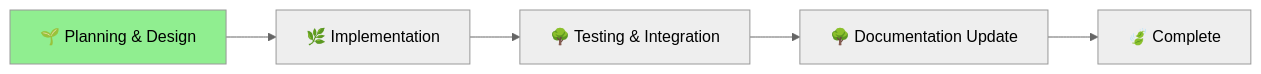
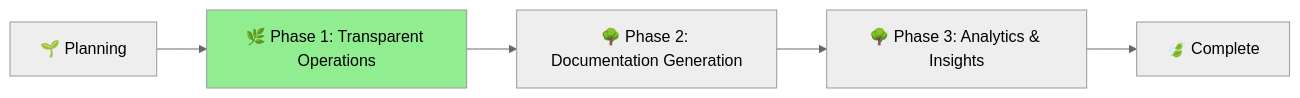
The diagram in docs/projects/active/active-2025-07-11-unified-mcp-enhancement/STATUS.md (RickCogley/aichaku), drawn with Mermaid (neutral theme) before and after one commit. The commit also changed other lines of this file, not shown here.

````diff
--- a/docs/projects/active/active-2025-07-11-unified-mcp-enhancement/STATUS.md
+++ b/docs/projects/active/active-2025-07-11-unified-mcp-enhancement/STATUS.md
@@ -10,8 +11,8 @@
 ```mermaid
 graph LR
-    A[🌱 Planning & Design] --> B[🌿 Implementation]
-    B --> C[🌳 Testing & Integration]
-    C --> D[🌳 Documentation Update]
+    A[🌱 Planning] --> B[🌿 Phase 1: Transparent Operations]
+    B --> C[🌳 Phase 2: Documentation Generation]
+    C --> D[🌳 Phase 3: Analytics & Insights]
     D --> E[🍃 Complete]
-    style A fill:#90EE90
+    style B fill:#90EE90
 ```
````
